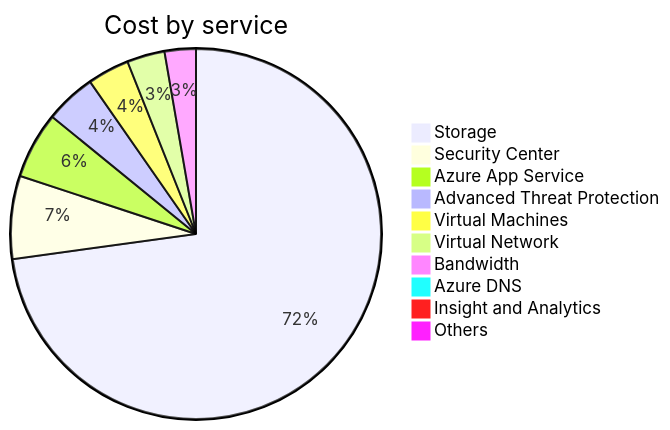
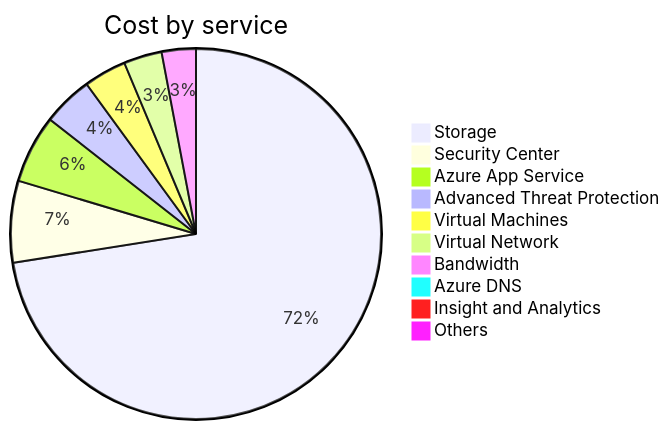
The second of 4 diagrams in cost-reports/accumulated-cost.md (jpfulton/azure-personal-reports), drawn with Mermaid before and after one commit. The commit also changed other lines of this file and 4 other files, not shown here.

````diff
--- a/cost-reports/accumulated-cost.md
+++ b/cost-reports/accumulated-cost.md
@@ -102,14 +102,14 @@
 ```mermaid
 pie
    title Cost by service
-   "Storage" : 198.78
+   "Storage" : 201.21
    "Security Center" : 19.78
-   "Azure App Service" : 15.85
-   "Advanced Threat Protection" : 12.12
-   "Virtual Machines" : 9.98
-   "Virtual Network" : 8.99
-   "Bandwidth" : 7.44
-   "Azure DNS" : 1.31
+   "Azure App Service" : 16.49
+   "Advanced Threat Protection" : 12.16
+   "Virtual Machines" : 10.33
+   "Virtual Network" : 9.25
+   "Bandwidth" : 8.27
+   "Azure DNS" : 1.36
    "Insight and Analytics" : 0.00
    "Others" : 0.00
 ```
````
